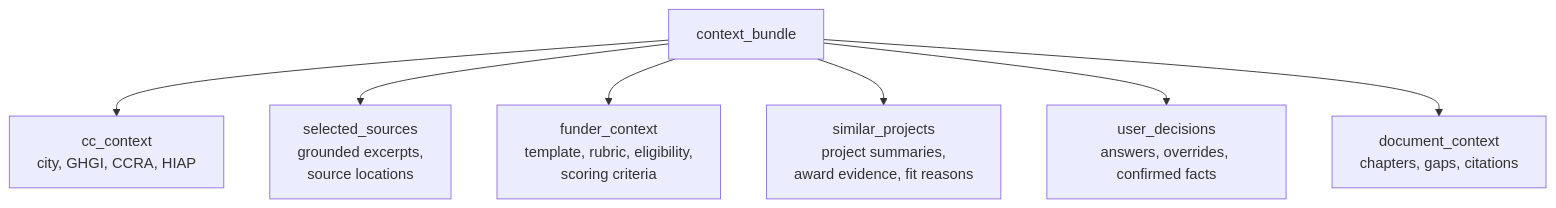
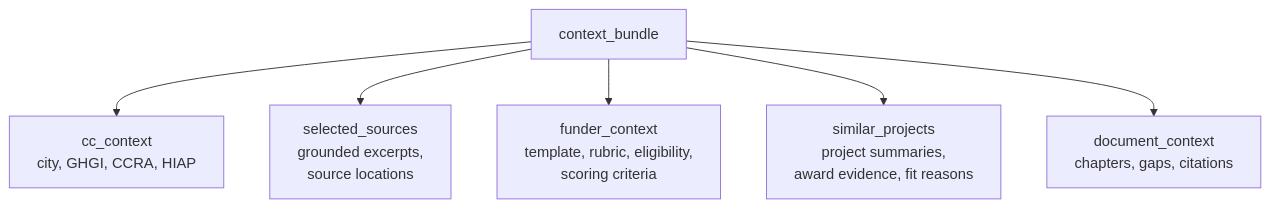
One commit to Open-Earth-Foundation/CityCatalyst changed the fourth of 14 diagrams in docs/ConceptNoteBuilderArchitecture.md. Above: the diagram before and after it, drawn with Mermaid. The commit also changed other lines of this file, not shown here.

Commit message:
docs: simplify context bundle fields

````diff
--- a/docs/ConceptNoteBuilderArchitecture.md
+++ b/docs/ConceptNoteBuilderArchitecture.md
@@ -239,10 +239,9 @@
 ```mermaid
 flowchart TB
     Bundle["context_bundle"]
     Bundle --> CCSummary["cc_context<br/>city, GHGI, CCRA, HIAP"]
     Bundle --> Sources["selected_sources<br/>grounded excerpts,<br/>source locations"]
     Bundle --> Funder["funder_context<br/>template, rubric, eligibility,<br/>scoring criteria"]
     Bundle --> Examples["similar_projects<br/>project summaries,<br/>award evidence, fit reasons"]
-    Bundle --> Decisions["user_decisions<br/>answers, overrides, confirmed facts"]
     Bundle --> Draft["document_context<br/>chapters, gaps, citations"]
 ```
````
